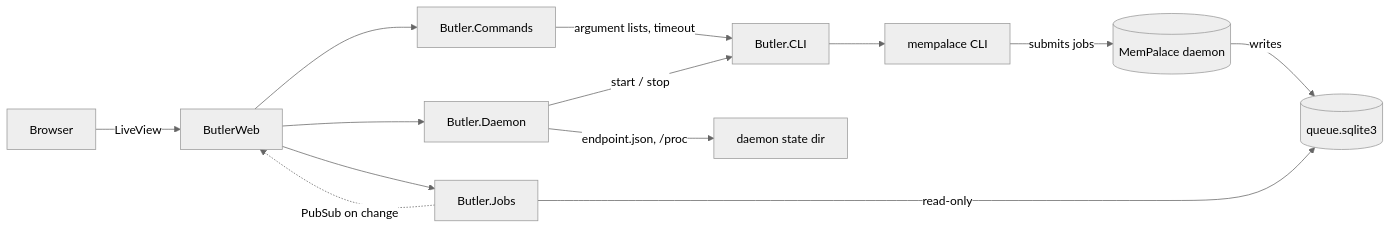
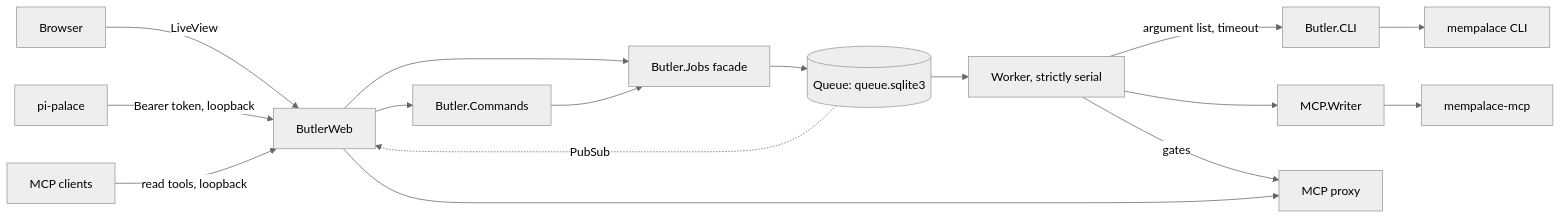
The diagram in README.md (Tyarran/butler), drawn with Mermaid (neutral theme) before and after one commit. The commit also changed other lines of this file and 12 other files, not shown here.

Commit message:
docs: document the Butler queue, worker page and daemon cutover

````diff
--- a/README.md
+++ b/README.md
@@ -25,15 +25,18 @@
 ```mermaid
 flowchart LR
     B[Browser] -->|LiveView| W[ButlerWeb]
+    A[pi-palace] -->|Bearer token, loopback| W
+    G[MCP clients] -->|read tools, loopback| W
     W --> C[Butler.Commands]
-    W --> J[Butler.Jobs]
-    W --> D[Butler.Daemon]
-    C -->|argument lists, timeout| CLI[Butler.CLI]
-    D -->|start / stop| CLI
+    W --> J[Butler.Jobs facade]
+    C --> J
+    J --> Q[(Queue: queue.sqlite3)]
+    Q --> K[Worker, strictly serial]
+    K -->|argument list, timeout| CLI[Butler.CLI]
     CLI --> M[mempalace CLI]
-    M -->|submits jobs| P[(MemPalace daemon)]
-    P -->|writes| Q[(queue.sqlite3)]
-    J -->|read-only| Q
-    D -->|endpoint.json, /proc| S[daemon state dir]
-    J -.->|PubSub on change| W
+    K --> R[MCP.Writer]
+    R --> E[mempalace-mcp]
+    K -->|gates| X[MCP proxy]
+    W --> X
+    Q -.->|PubSub| W
 ```
````
